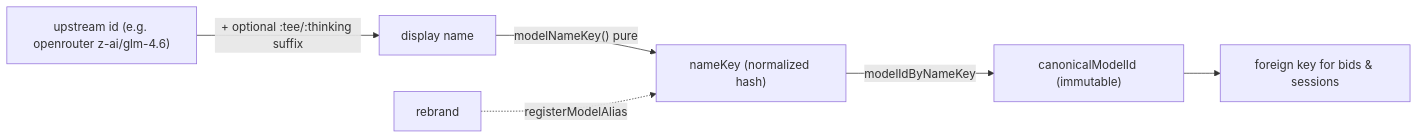
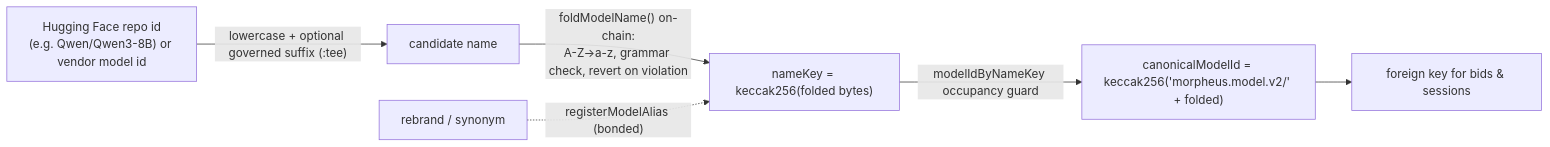
Before and after one commit to cowboycoderhq/Morpheus-Lumerin-Node: the second of 18 diagrams in smart-contracts/docs/inference-contract-enhancements-rfp.md, drawn with Mermaid. The commit also changed other lines of this file and 1 other file, not shown here.

````diff
--- a/smart-contracts/docs/inference-contract-enhancements-rfp.md
+++ b/smart-contracts/docs/inference-contract-enhancements-rfp.md
@@ -219,8 +200,8 @@
 ```mermaid
 flowchart LR
-  UP["upstream id (e.g. openrouter z-ai/glm-4.6)"] -->|"+ optional :tee/:thinking suffix"| N["display name"]
-  N -->|"modelNameKey() pure"| K["nameKey (normalized hash)"]
-  K -->|"modelIdByNameKey"| ID["canonicalModelId (immutable)"]
+  UP["Hugging Face repo id<br/>(e.g. Qwen/Qwen3-8B) or vendor model id"] -->|"lowercase + optional governed suffix (:tee)"| N["candidate name"]
+  N -->|"foldModelName() on-chain:<br/>A-Z→a-z, grammar check, revert on violation"| K["nameKey = keccak256(folded bytes)"]
+  K -->|"modelIdByNameKey occupancy guard"| ID["canonicalModelId = keccak256('morpheus.model.v2/' + folded)"]
   ID --> FK["foreign key for bids & sessions"]
-  ALT["rebrand"] -.->|"registerModelAlias"| K
+  ALT["rebrand / synonym"] -.->|"registerModelAlias (bonded)"| K
 ```
````
